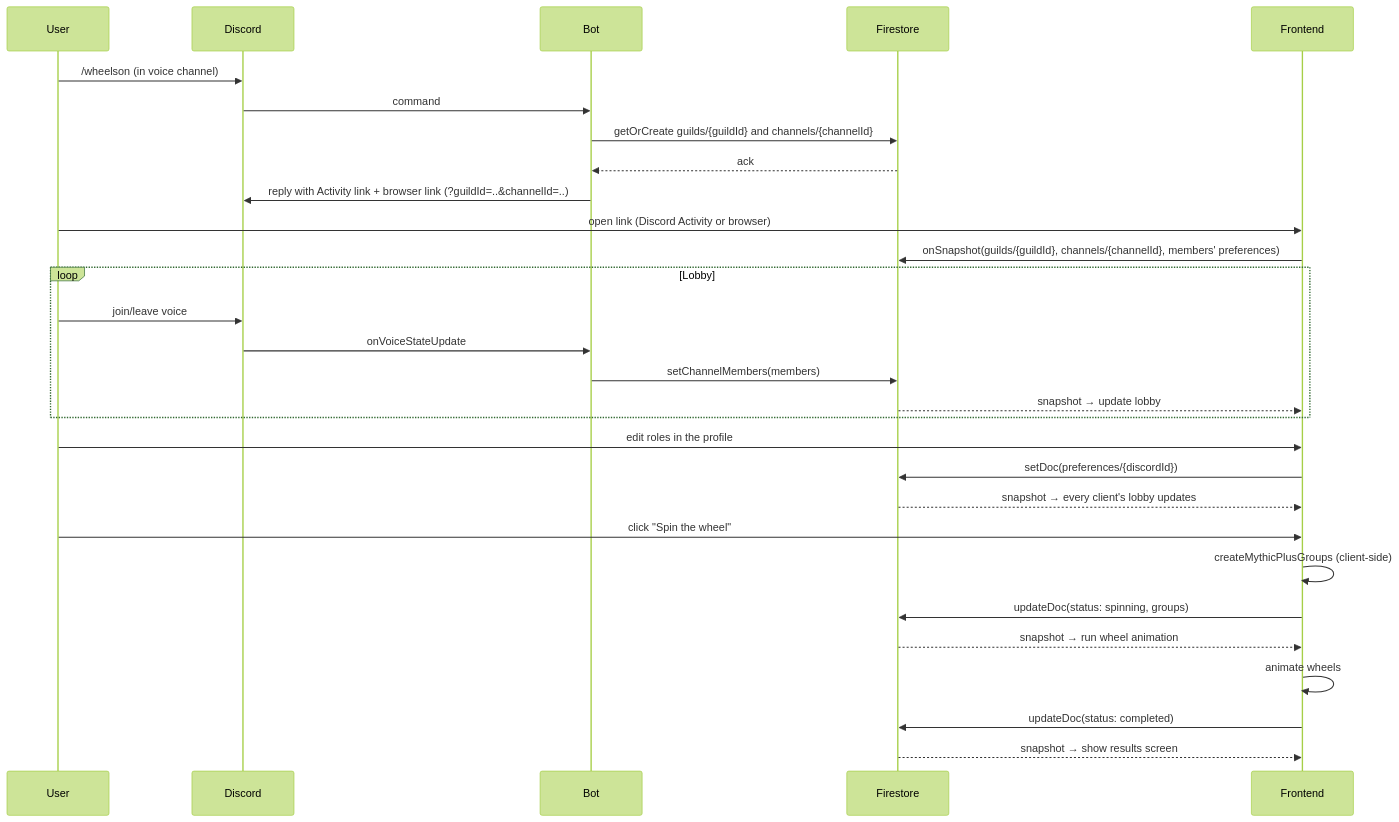
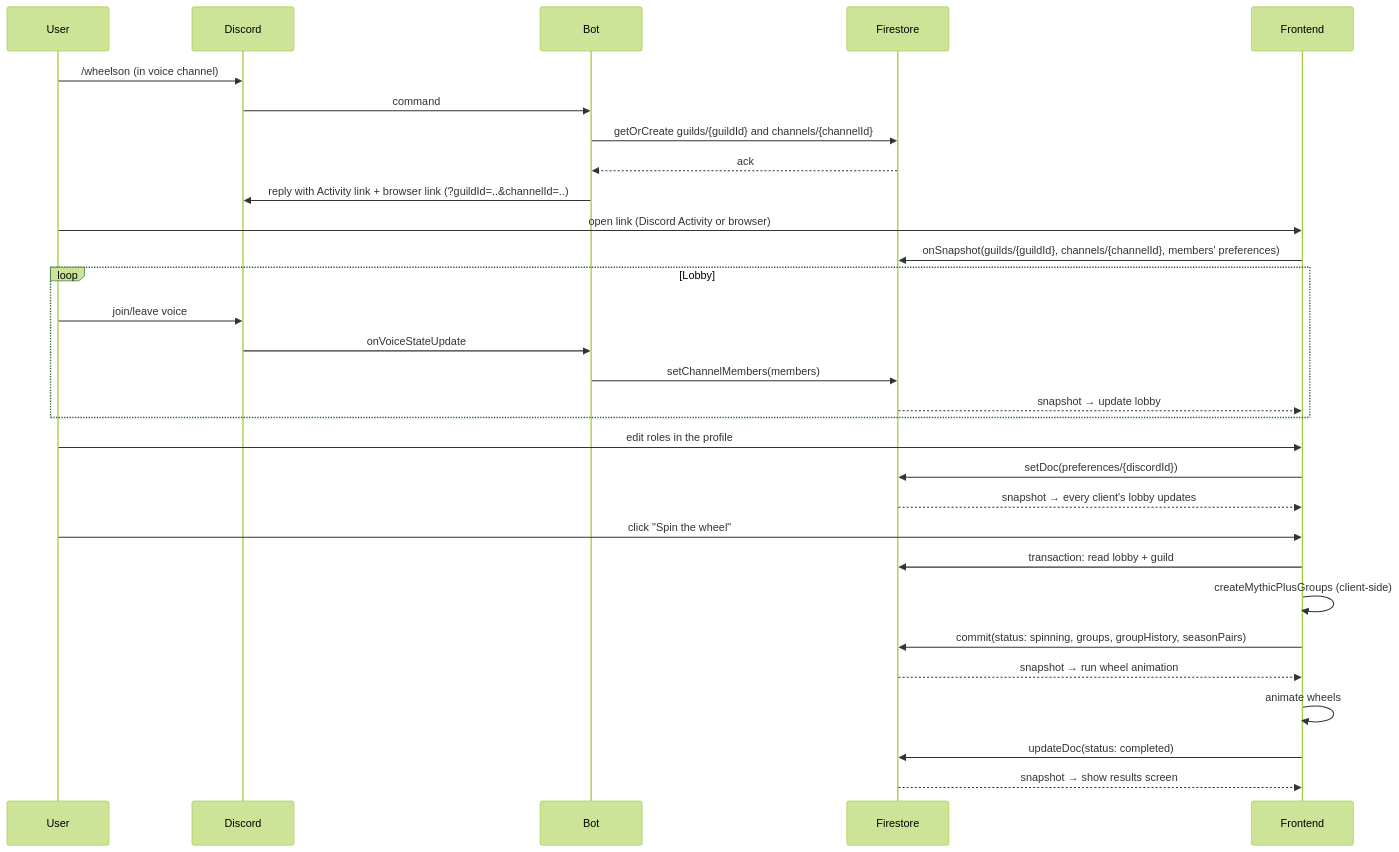
One commit to TytaniumDev/MythicPlusDiscordBot changed the fourth of 5 diagrams in ARCHITECTURE.md. Above: the diagram before and after it, drawn with Mermaid (forest theme). The commit also changed other lines of this file and 30 other files, not shown here.

````diff
--- a/ARCHITECTURE.md
+++ b/ARCHITECTURE.md
@@ -248,35 +249,36 @@
 ```mermaid
 sequenceDiagram
     participant User
     participant Discord
     participant Bot
     participant Firestore
     participant Frontend
 
     User->>Discord: /wheelson (in voice channel)
     Discord->>Bot: command
     Bot->>Firestore: getOrCreate guilds/{guildId} and channels/{channelId}
     Firestore-->>Bot: ack
     Bot->>Discord: reply with Activity link + browser link (?guildId=..&channelId=..)
     User->>Frontend: open link (Discord Activity or browser)
     Frontend->>Firestore: onSnapshot(guilds/{guildId}, channels/{channelId}, members' preferences)
 
     loop Lobby
         User->>Discord: join/leave voice
         Discord->>Bot: onVoiceStateUpdate
         Bot->>Firestore: setChannelMembers(members)
         Firestore-->>Frontend: snapshot → update lobby
     end
 
     User->>Frontend: edit roles in the profile
     Frontend->>Firestore: setDoc(preferences/{discordId})
     Firestore-->>Frontend: snapshot → every client's lobby updates
 
     User->>Frontend: click "Spin the wheel"
+    Frontend->>Firestore: transaction: read lobby + guild
     Frontend->>Frontend: createMythicPlusGroups (client-side)
-    Frontend->>Firestore: updateDoc(status: spinning, groups)
+    Frontend->>Firestore: commit(status: spinning, groups, groupHistory, seasonPairs)
     Firestore-->>Frontend: snapshot → run wheel animation
     Frontend->>Frontend: animate wheels
     Frontend->>Firestore: updateDoc(status: completed)
     Firestore-->>Frontend: snapshot → show results screen
 ```
````
